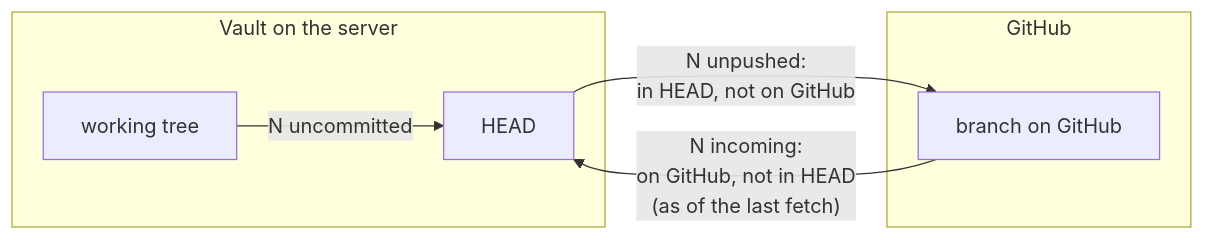
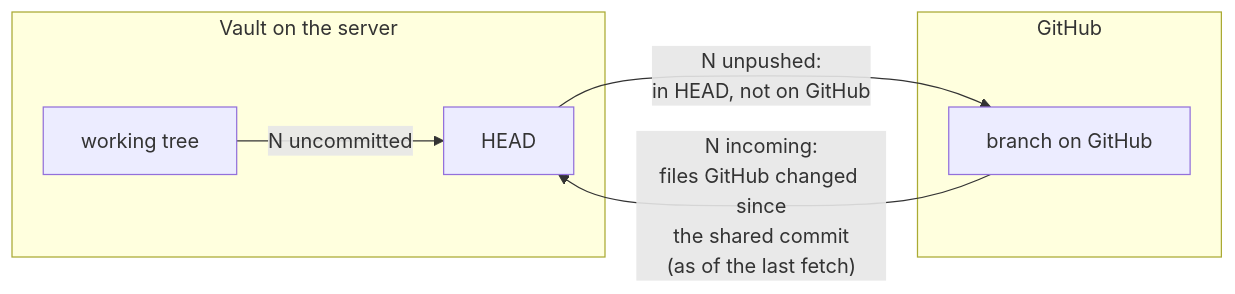
One commit to tillg/karpathy.app changed the first of 3 diagrams in specs/changes/remote-changes/domain.md. Above: the diagram before and after it, drawn with Mermaid. The commit also changed other lines of this file and 3 other files, not shown here.

````diff
--- a/specs/changes/remote-changes/domain.md
+++ b/specs/changes/remote-changes/domain.md
@@ -34,11 +34,11 @@
 ```mermaid
 flowchart LR
     subgraph Vault on the server
       W[working tree] -->|"N uncommitted"| H[HEAD]
     end
     subgraph GitHub
       O[branch on GitHub]
     end
     H -->|"N unpushed:<br/>in HEAD, not on GitHub"| O
-    O -->|"N incoming:<br/>on GitHub, not in HEAD<br/>(as of the last fetch)"| H
+    O -->|"N incoming:<br/>files GitHub changed since<br/>the shared commit<br/>(as of the last fetch)"| H
 ```
````
